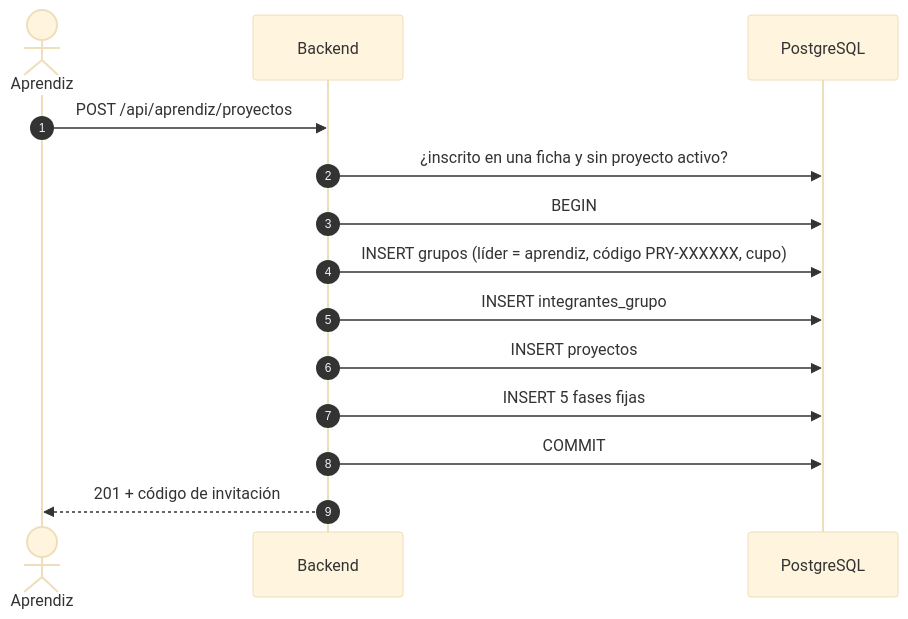
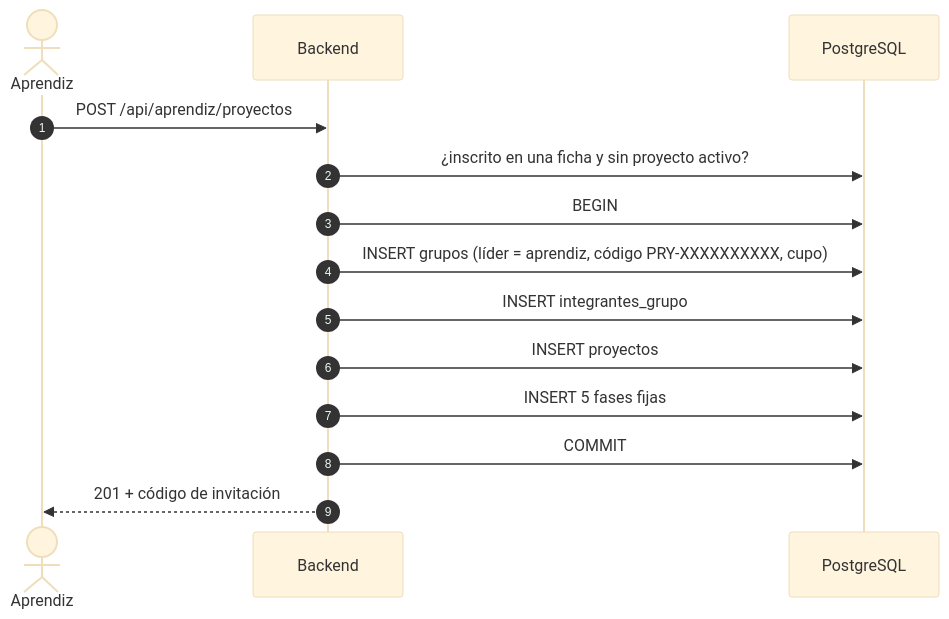
Before and after one commit to player7842/ZENDA: the eighth of 8 diagrams in docs/Referencia-Tecnica/arquitectura.md, drawn with Mermaid (base theme). The commit also changed other lines of this file and 39 other files, not shown here.

````diff
--- a/docs/Referencia-Tecnica/arquitectura.md
+++ b/docs/Referencia-Tecnica/arquitectura.md
@@ -252,17 +252,17 @@
 ```mermaid
 sequenceDiagram
     autonumber
     actor A as Aprendiz
     participant BE as Backend
     participant DB as PostgreSQL
 
     A->>BE: POST /api/aprendiz/proyectos
     BE->>DB: ¿inscrito en una ficha y sin proyecto activo?
     BE->>DB: BEGIN
-    BE->>DB: INSERT grupos (líder = aprendiz, código PRY-XXXXXX, cupo)
+    BE->>DB: INSERT grupos (líder = aprendiz, código PRY-XXXXXXXXXX, cupo)
     BE->>DB: INSERT integrantes_grupo
     BE->>DB: INSERT proyectos
     BE->>DB: INSERT 5 fases fijas
     BE->>DB: COMMIT
     BE-->>A: 201 + código de invitación
 ```
````
